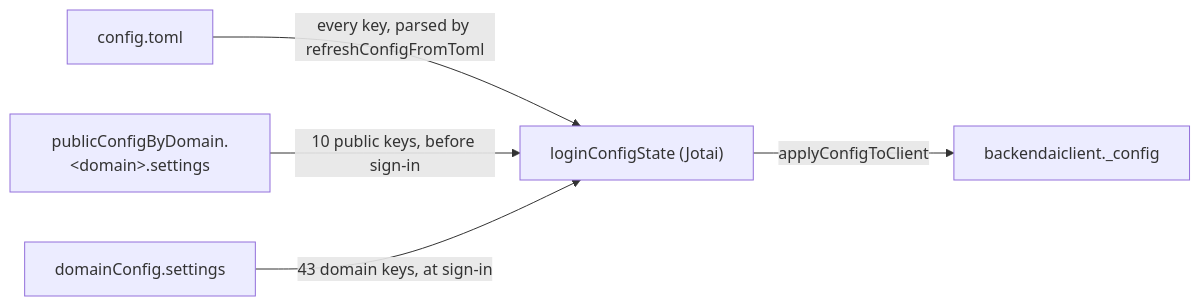
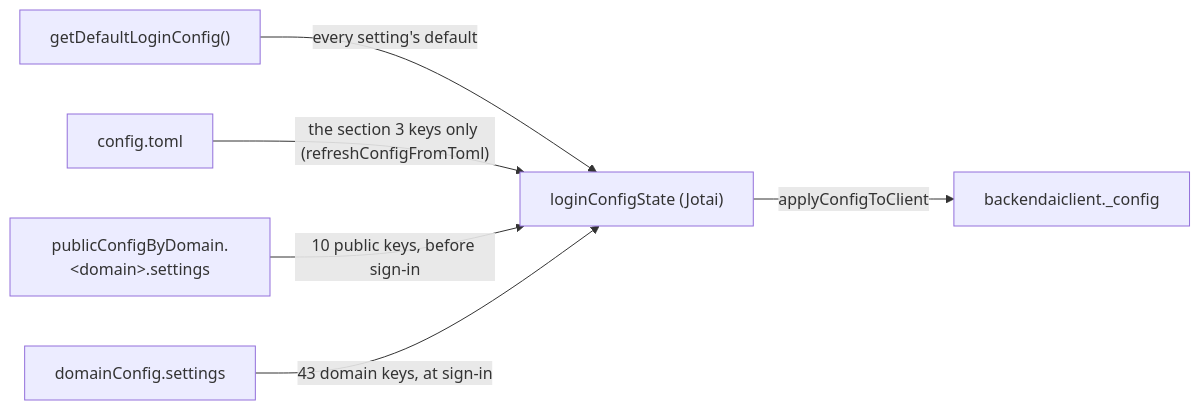
Before and after one commit to lablup/backend.ai-webui: the first of 2 diagrams in docs/adr/0028-webui-settings-in-the-app-config-settings-key.ko.md, drawn with Mermaid. The commit also changed other lines of this file and 1 other file, not shown here.

First line of the commit message:
docs(#10664): make code defaults the base in ADR 0025

````diff
--- a/docs/adr/0028-webui-settings-in-the-app-config-settings-key.ko.md
+++ b/docs/adr/0028-webui-settings-in-the-app-config-settings-key.ko.md
@@ -23,12 +23,14 @@
 ```mermaid
 flowchart LR
+  defaults["getDefaultLoginConfig()"]
   toml["config.toml"]
   pub["publicConfigByDomain.&lt;domain&gt;.settings"]
   dom["domainConfig.settings"]
   state["loginConfigState (Jotai)"]
   client["backendaiclient._config"]
-  toml -- "every key, parsed by refreshConfigFromToml" --> state
+  defaults -- "every setting's default" --> state
+  toml -- "the section 3 keys only (refreshConfigFromToml)" --> state
   pub -- "10 public keys, before sign-in" --> state
   dom -- "43 domain keys, at sign-in" --> state
   state -- "applyConfigToClient" --> client
 ```
````
